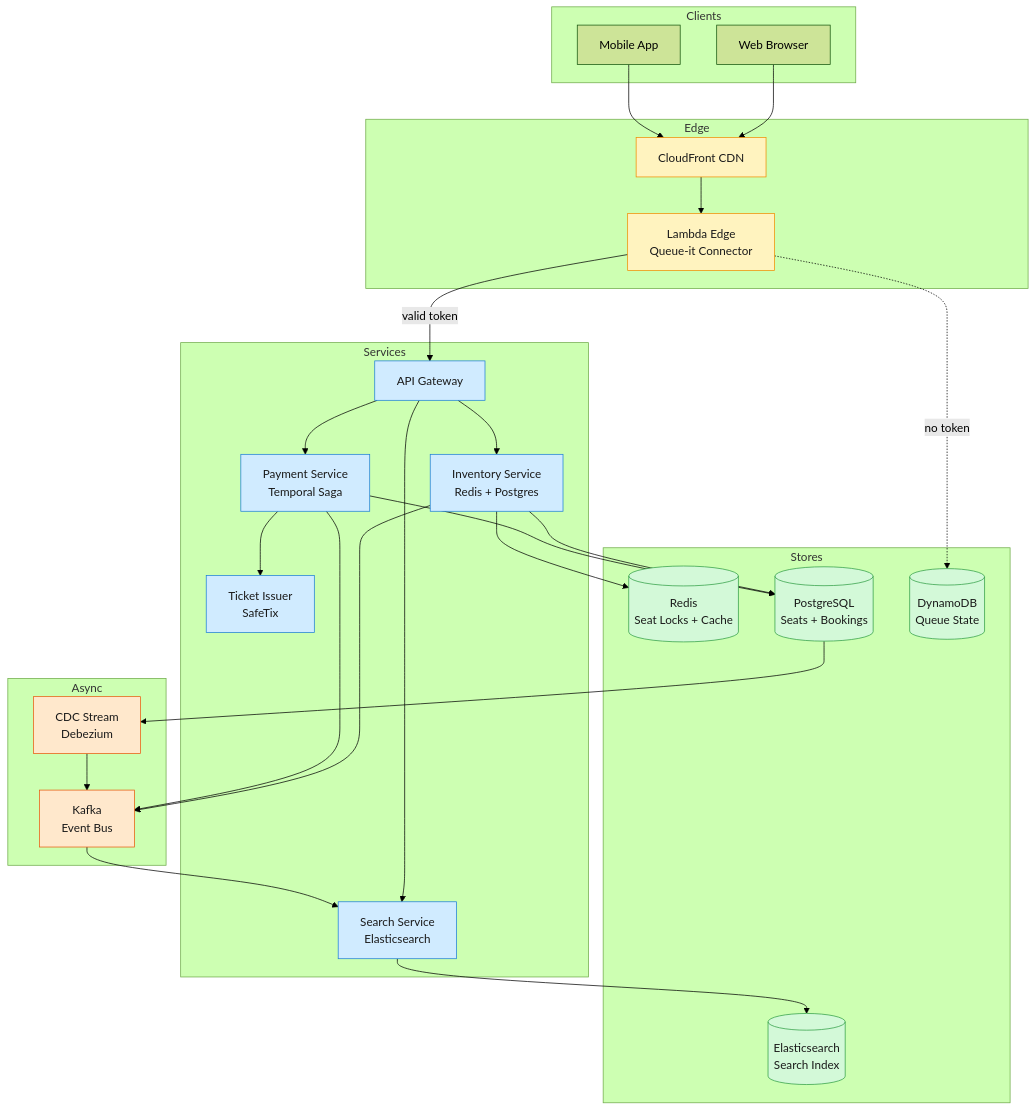
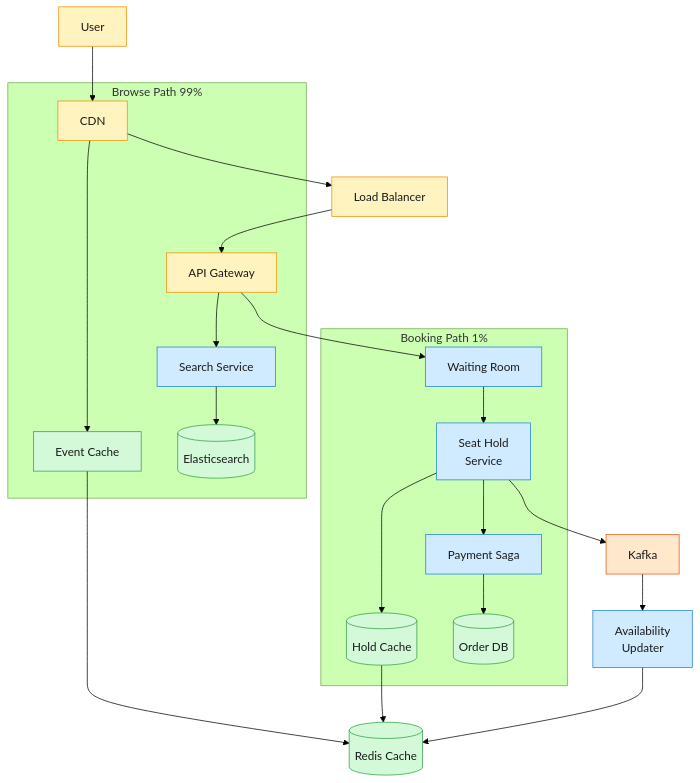
The second of 3 diagrams in _posts/2026-06-30-system-design-ticketmaster.md (iliazlobin/iliazlobin.github.io), drawn with Mermaid (forest theme) before and after one commit. The commit also changed other lines of this file and 45 other files, not shown here.

First line of the commit message:
Republish all posts from Notion: fix mermaid errors, drop §7 Trade-offs (#88)

````diff
--- a/_posts/2026-06-30-system-design-ticketmaster.md
+++ b/_posts/2026-06-30-system-design-ticketmaster.md
@@ -118,61 +124,34 @@
 ```mermaid
 graph TB
-    subgraph clients[Clients]
-        WEB[Web Browser]
-        MOB[Mobile App]
+    U[User] --> CDN[CDN]
+    CDN --> LB[Load Balancer]
+    LB --> GW[API Gateway]
+
+    subgraph Browse[Browse Path 99%]
+        CDN --> EC[Event Cache]
+        GW --> SS[Search Service]
+        SS --> ES[(Elasticsearch)]
     end
 
-    subgraph edge[Edge]
-        CF[CloudFront CDN]
-        LE[Lambda Edge<br/>Queue-it Connector]
+    subgraph Book[Booking Path 1%]
+        GW --> WR[Waiting Room]
+        WR --> SH[Seat Hold<br/>Service]
+        SH --> HC[(Hold Cache)]
+        SH --> PS[Payment Saga]
+        PS --> OD[(Order DB)]
     end
 
-    subgraph services[Services]
-        GW[API Gateway]
-        SRCH[Search Service<br/>Elasticsearch]
-        INV[Inventory Service<br/>Redis + Postgres]
-        PAY[Payment Service<br/>Temporal Saga]
-        TKT[Ticket Issuer<br/>SafeTix]
-    end
+    EC --> RC[(Redis Cache)]
+    HC --> RC
+    SH --> KF[Kafka] --> AV[Availability<br/>Updater]
+    AV --> RC
 
-    subgraph stores[Stores]
-        ES[(Elasticsearch<br/>Search Index)]
-        RD[(Redis<br/>Seat Locks + Cache)]
-        PG[(PostgreSQL<br/>Seats + Bookings)]
-        DDB[(DynamoDB<br/>Queue State)]
-    end
-
-    subgraph async[Async]
-        KAF[Kafka<br/>Event Bus]
-        CDC[CDC Stream<br/>Debezium]
-    end
-
-    WEB --> CF
-    MOB --> CF
-    CF --> LE
-    LE -->|valid token| GW
-    LE -.->|no token| DDB
-    GW --> SRCH
-    GW --> INV
-    GW --> PAY
-    SRCH --> ES
-    INV --> RD
-    INV --> PG
-    PAY --> PG
-    PAY --> TKT
-    INV --> KAF
-    KAF --> SRCH
-    PG --> CDC
-    CDC --> KAF
-    PAY --> KAF
-
-    classDef edge fill:#fff3bf,stroke:#f08c00,color:#1a1a1a;
-    classDef svc  fill:#d0ebff,stroke:#1c7ed6,color:#1a1a1a;
-    classDef store fill:#d3f9d8,stroke:#2f9e44,color:#1a1a1a;
-    classDef async fill:#ffe8cc,stroke:#e8590c,color:#1a1a1a;
-
-    class CF,LE edge
-    class GW,SRCH,INV,PAY,TKT svc
-    class ES,RD,PG,DDB store
-    class KAF,CDC async
+    classDef edge fill:#fff3bf,stroke:#f08c00,color:#1a1a1a
+    classDef svc fill:#d0ebff,stroke:#1c7ed6,color:#1a1a1a
+    classDef store fill:#d3f9d8,stroke:#2f9e44,color:#1a1a1a
+    classDef async fill:#ffe8cc,stroke:#e8590c,color:#1a1a1a
+    class U,CDN,LB,GW edge
+    class SS,WR,SH,PS,AV svc
+    class EC,ES,HC,OD,RC store
+    class KF async
 ```
````
